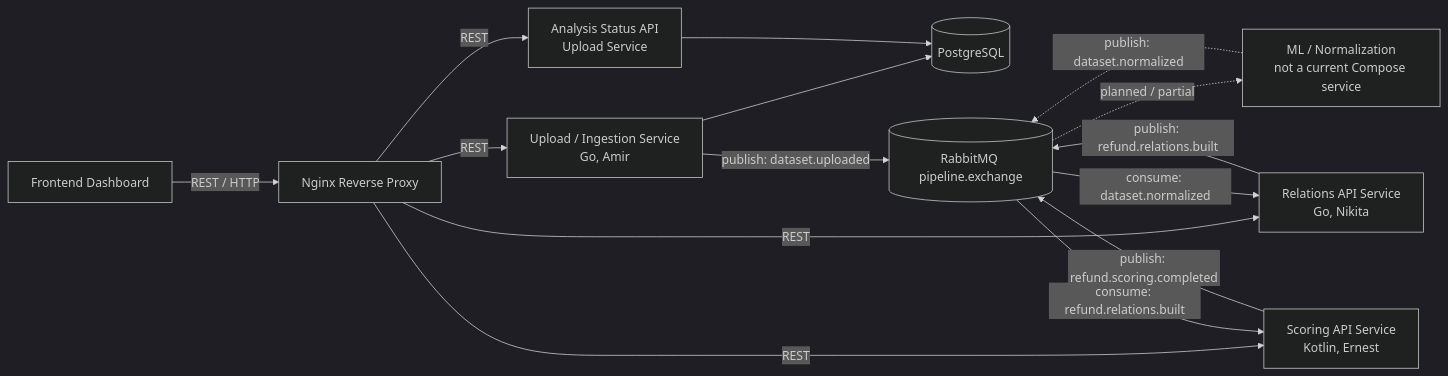
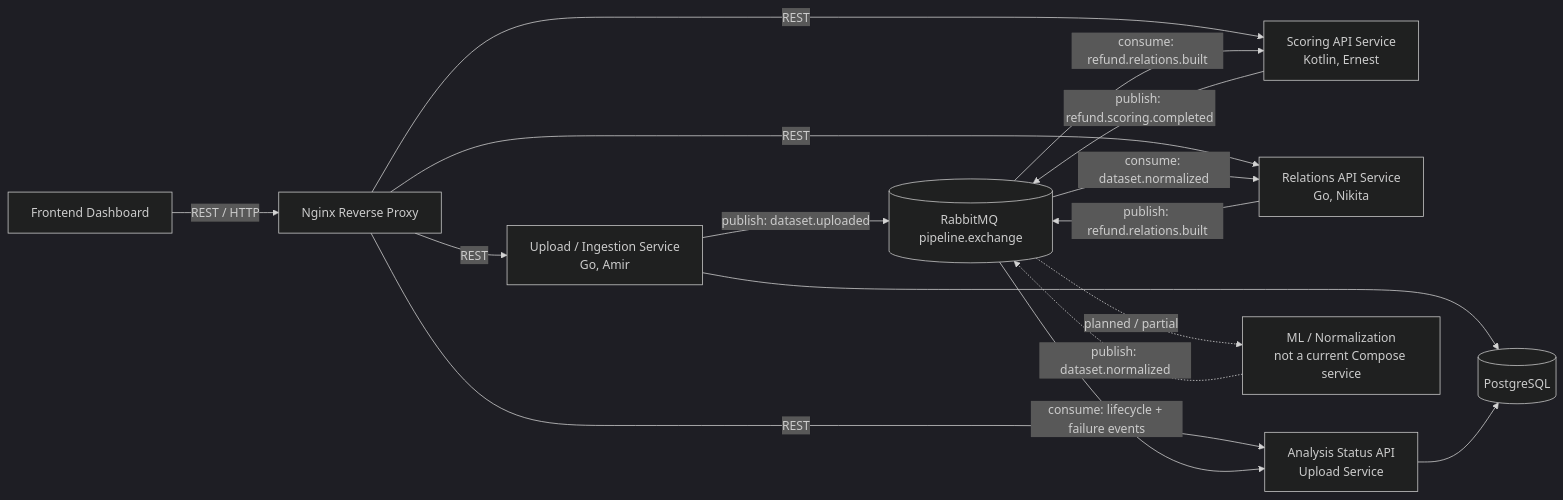
The first of 2 diagrams in README.md (suxarikiii/Anti-Fraud-Detector), drawn with Mermaid (dark theme) before and after one commit. The commit also changed other lines of this file and 26 other files, not shown here.

````diff
--- a/README.md
+++ b/README.md
@@ -91,23 +91,24 @@
 ```mermaid
 flowchart LR
     FE["Frontend Dashboard"] -->|"REST / HTTP"| NGINX["Nginx Reverse Proxy"]
 
     NGINX -->|"REST"| UPLOAD["Upload / Ingestion Service<br/>Go, Amir"]
     NGINX -->|"REST"| SCORE["Scoring API Service<br/>Kotlin, Ernest"]
     NGINX -->|"REST"| REL["Relations API Service<br/>Go, Nikita"]
     NGINX -->|"REST"| STATUS["Analysis Status API<br/>Upload Service"]
 
     UPLOAD --> PG[("PostgreSQL")]
     STATUS --> PG
 
     UPLOAD -->|"publish: dataset.uploaded"| MQ[("RabbitMQ pipeline.exchange")]
 
     MQ -.->|"planned / partial"| ML["ML / Normalization<br/>not a current Compose service"]
     ML -.->|"publish: dataset.normalized"| MQ
 
     MQ -->|"consume: dataset.normalized"| REL
     REL -->|"publish: refund.relations.built"| MQ
 
     MQ -->|"consume: refund.relations.built"| SCORE
     SCORE -->|"publish: refund.scoring.completed"| MQ
+    MQ -->|"consume: lifecycle + failure events"| STATUS
 ```
````
